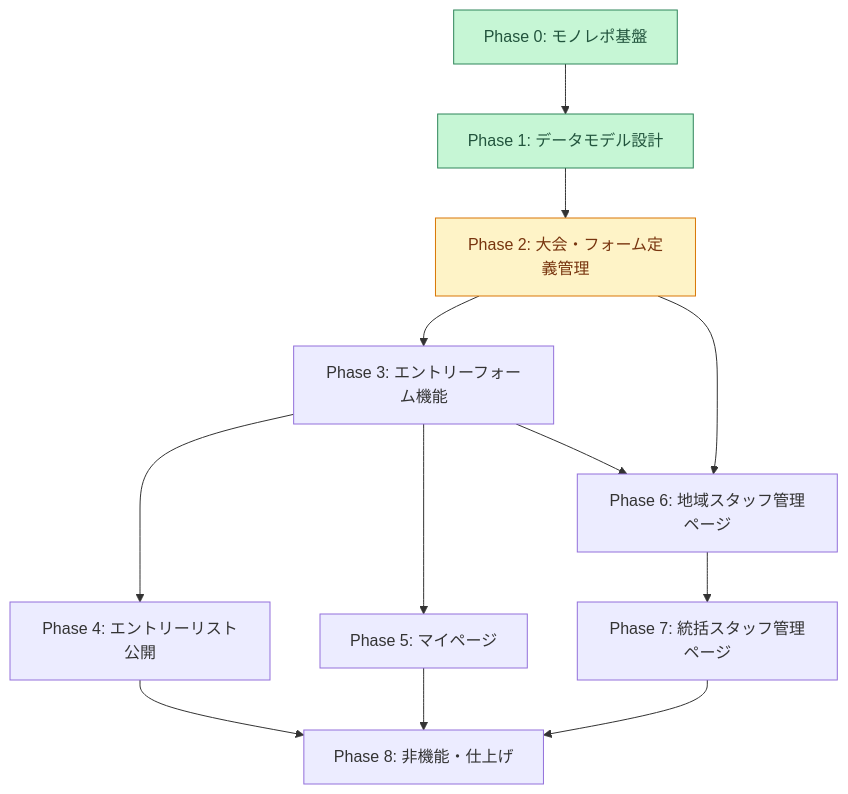
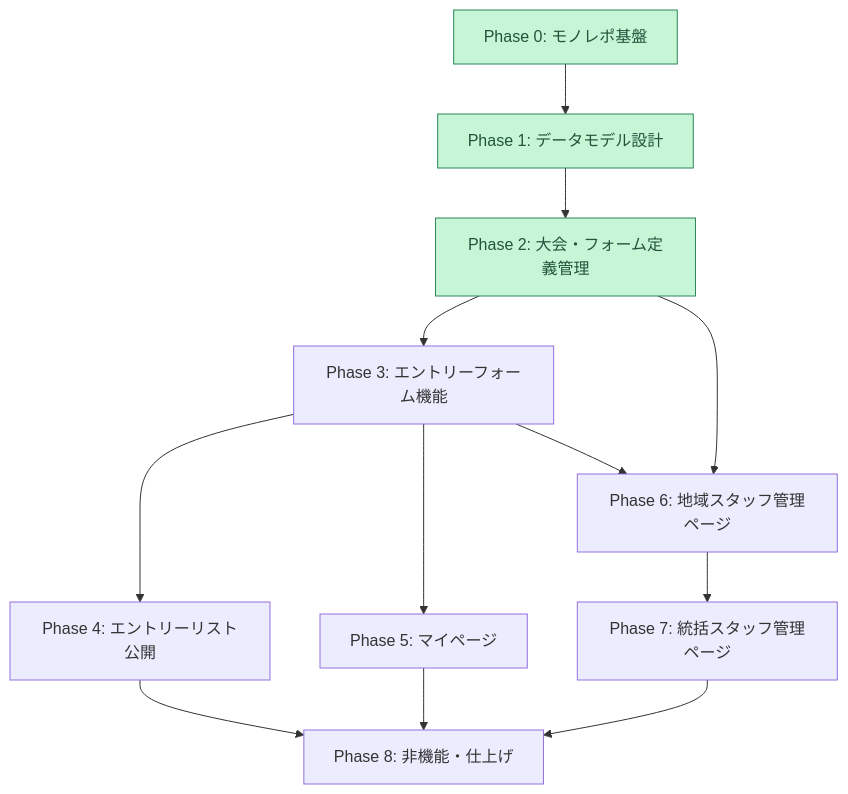
One commit to m-uesaka/regional-quiz-entry-form changed the first of 7 diagrams in tasks.md. Above: the diagram before and after it, drawn with Mermaid. The commit also changed other lines of this file and 26 other files, not shown here.

````diff
--- a/tasks.md
+++ b/tasks.md
@@ -68,17 +68,17 @@
 ```mermaid
 graph TD
   P0["Phase 0: モノレポ基盤"]:::done --> P1["Phase 1: データモデル設計"]:::done
-  P1 --> P2["Phase 2: 大会・フォーム定義管理"]:::next
+  P1 --> P2["Phase 2: 大会・フォーム定義管理"]:::done
   P2 --> P3["Phase 3: エントリーフォーム機能"]
   P3 --> P4["Phase 4: エントリーリスト公開"]
   P3 --> P5["Phase 5: マイページ"]
   P2 --> P6["Phase 6: 地域スタッフ管理ページ"]
   P3 --> P6
   P6 --> P7["Phase 7: 統括スタッフ管理ページ"]
   P4 --> P8["Phase 8: 非機能・仕上げ"]
   P5 --> P8
   P7 --> P8
 
   classDef done fill:#c6f6d5,stroke:#2f855a,color:#22543d;
   classDef next fill:#fef3c7,stroke:#d97706,color:#78350f;
 ```
````
